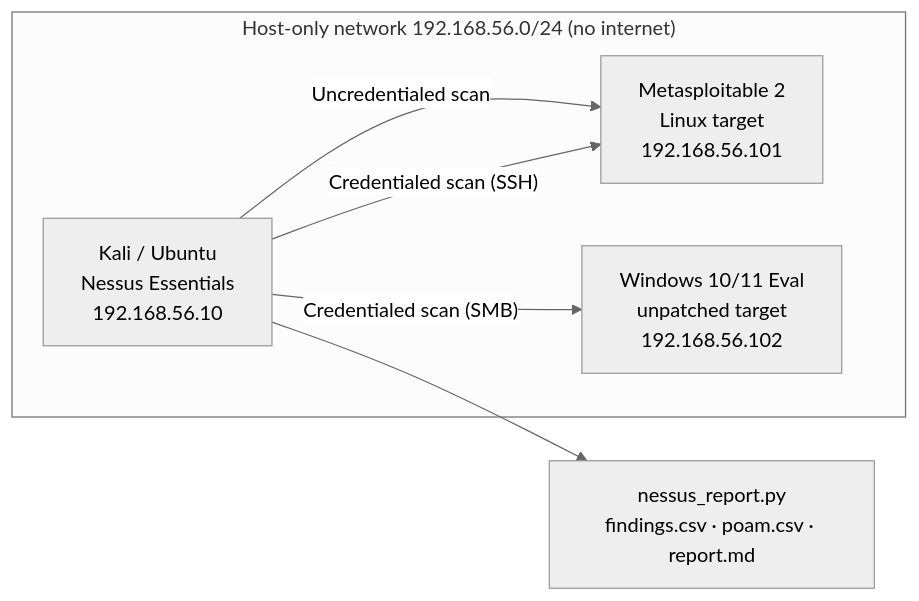
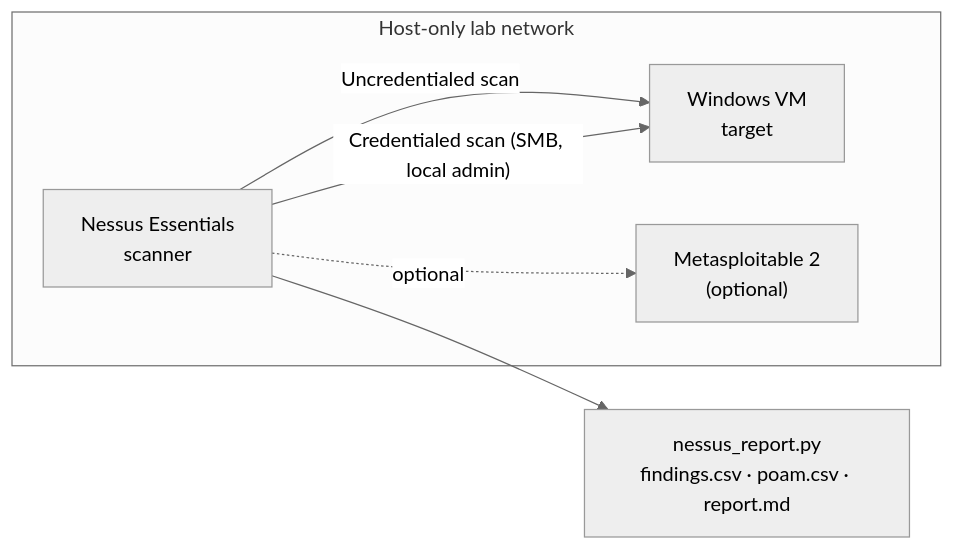
Before and after one commit to howardwu35/howardwu35: the diagram in Nessus-Lab/README.md, drawn with Mermaid (neutral theme). The commit also changed other lines of this file and 6 other files, not shown here.

First line of the commit message:
Make Windows VM the documented lab target; Metasploitable optional

````diff
--- a/Nessus-Lab/README.md
+++ b/Nessus-Lab/README.md
@@ -16,12 +16,12 @@
 ```mermaid
 flowchart LR
-    subgraph HostOnly["Host-only network 192.168.56.0/24 (no internet)"]
-        K["Kali / Ubuntu<br/>Nessus Essentials<br/>192.168.56.10"]
-        M["Metasploitable 2<br/>Linux target<br/>192.168.56.101"]
-        W["Windows 10/11 Eval<br/>unpatched target<br/>192.168.56.102"]
+    subgraph HostOnly["Host-only lab network"]
+        N["Nessus Essentials<br/>scanner"]
+        W["Windows VM<br/>target"]
+        M["Metasploitable 2<br/>(optional)"]
     end
-    K -- "Uncredentialed scan" --> M
-    K -- "Credentialed scan (SSH)" --> M
-    K -- "Credentialed scan (SMB)" --> W
-    K --> P["nessus_report.py<br/>findings.csv · poam.csv · report.md"]
+    N -- "Uncredentialed scan" --> W
+    N -- "Credentialed scan (SMB, local admin)" --> W
+    N -. "optional" .-> M
+    N --> P["nessus_report.py<br/>findings.csv · poam.csv · report.md"]
 ```
````
